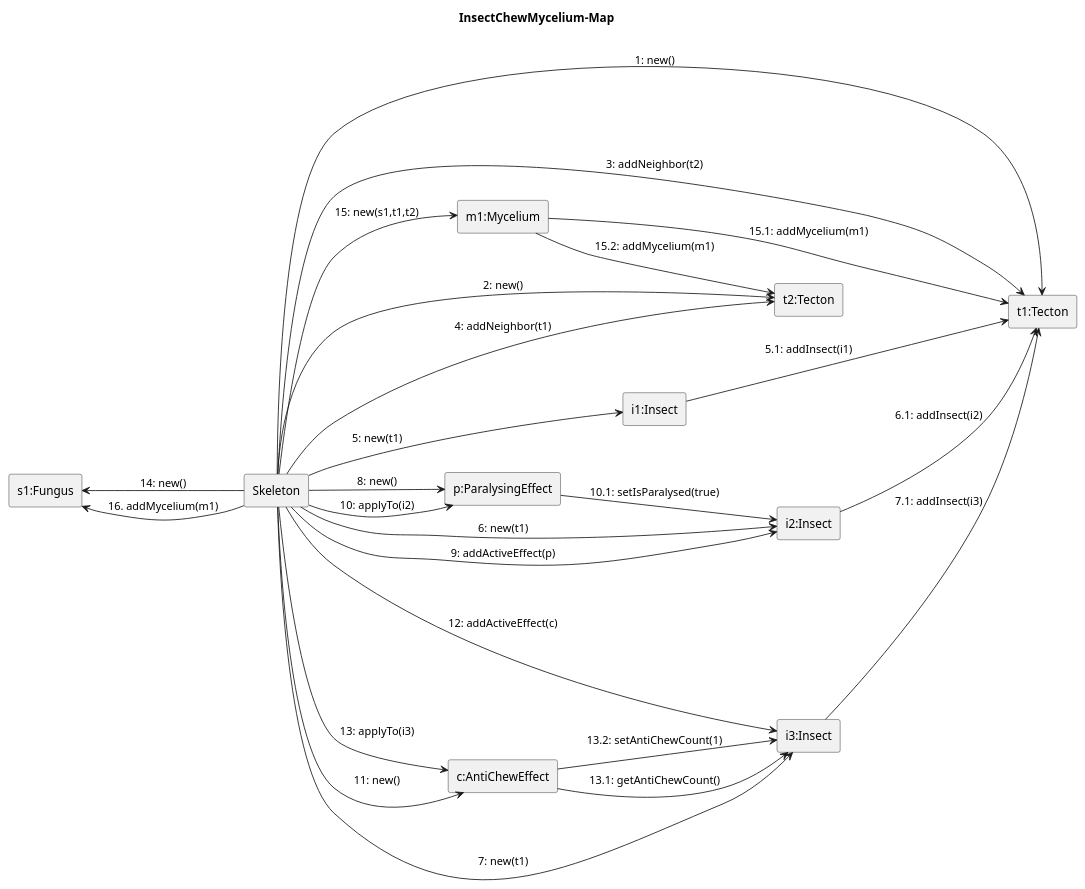
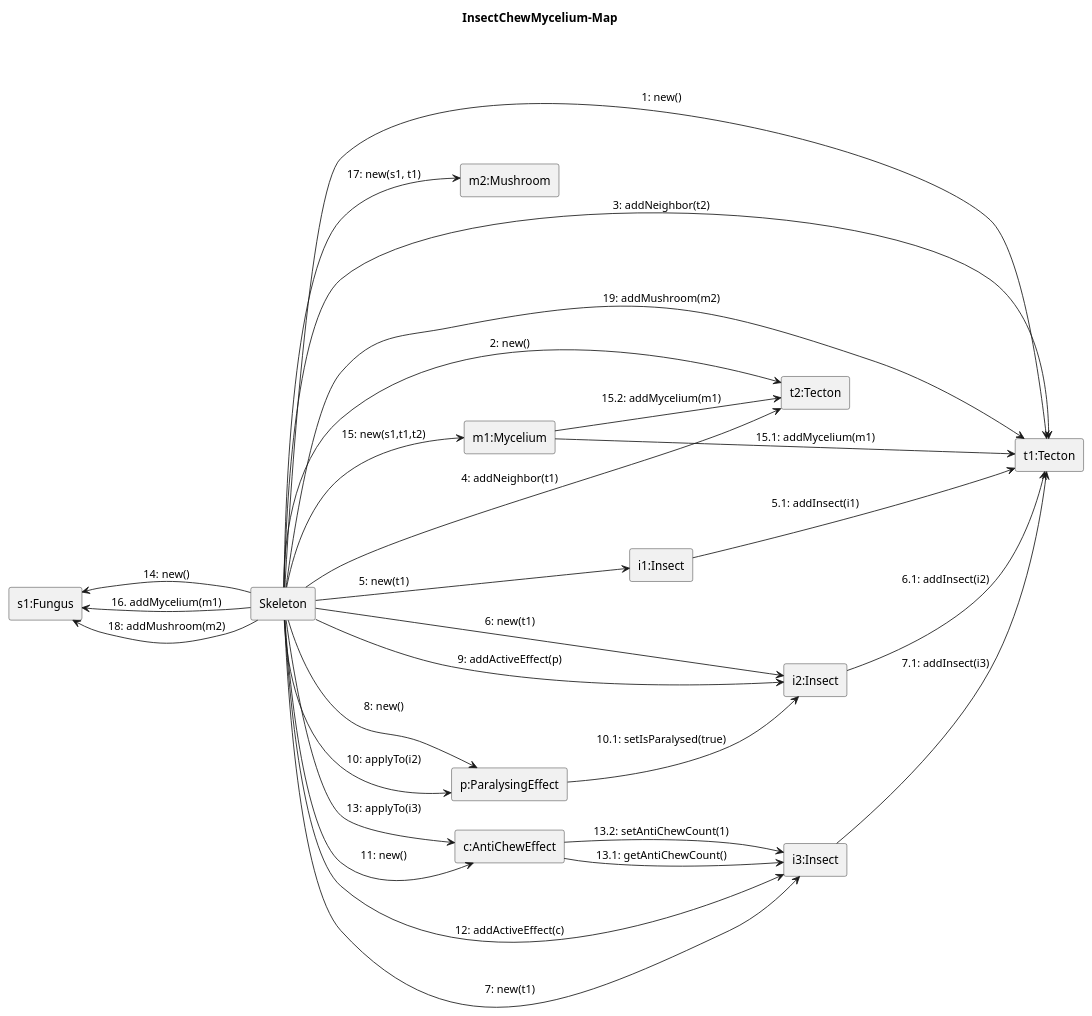
One commit to ZD4ve/projlab-error521 changed the diagram in Skeleton/Insect-chew-mycelium/map.pu. Above: the diagram before and after it, drawn with PlantUML. The commit also changed 1 other file, not shown here.

Commit message:
added mushroom to insect map

```diff
--- a/Skeleton/Insect-chew-mycelium/map.pu
+++ b/Skeleton/Insect-chew-mycelium/map.pu
@@ -1,49 +1,54 @@
 @startuml Insect-chew-mycelium/map 
 left to right direction
 title InsectChewMycelium-Map
 
 rectangle Skeleton as S 
 
 rectangle "s1:Fungus" as s1
 rectangle "m1:Mycelium" as m1
+rectangle "m2:Mushroom" as m2
 rectangle "t1:Tecton" as t1
 rectangle "t2:Tecton" as t2
 rectangle "i1:Insect" as i1
 rectangle "i2:Insect" as i2
 rectangle "i3:Insect" as i3
 rectangle "p:ParalysingEffect" as p
 rectangle "c:AntiChewEffect" as c
 
 S --> t1: 1: new()
 S --> t2: 2: new()
 S --> t1: 3: addNeighbor(t2)
 S --> t2: 4: addNeighbor(t1)
 
 S --> i1 : 5: new(t1)
 i1 --> t1 : 5.1: addInsect(i1)
 S --> i2 : 6: new(t1)
 i2 --> t1 : 6.1: addInsect(i2)
 S --> i3 : 7: new(t1)
 i3 --> t1 : 7.1: addInsect(i3)
 
 S --> p : 8: new()
 S --> i2 : 9: addActiveEffect(p)
 S --> p : 10: applyTo(i2)
 p --> i2 : 10.1: setIsParalysed(true)
 
 S --> c : 11: new()
 S --> i3 : 12: addActiveEffect(c)
 S --> c : 13: applyTo(i3)
 c --> i3 : 13.1: getAntiChewCount()
 c --> i3 : 13.2: setAntiChewCount(1)
 
 
 
 S -left-> s1: 14: new()
 S --> m1: 15: new(s1,t1,t2)
 m1 --> t1 : 15.1: addMycelium(m1)
 m1 --> t2 : 15.2: addMycelium(m1)
 S --> s1: 16. addMycelium(m1)
 
+S --> m2: 17: new(s1, t1)
+S --> s1: 18: addMushroom(m2)
+S --> t1: 19: addMushroom(m2)
+
 
 @enduml
```
